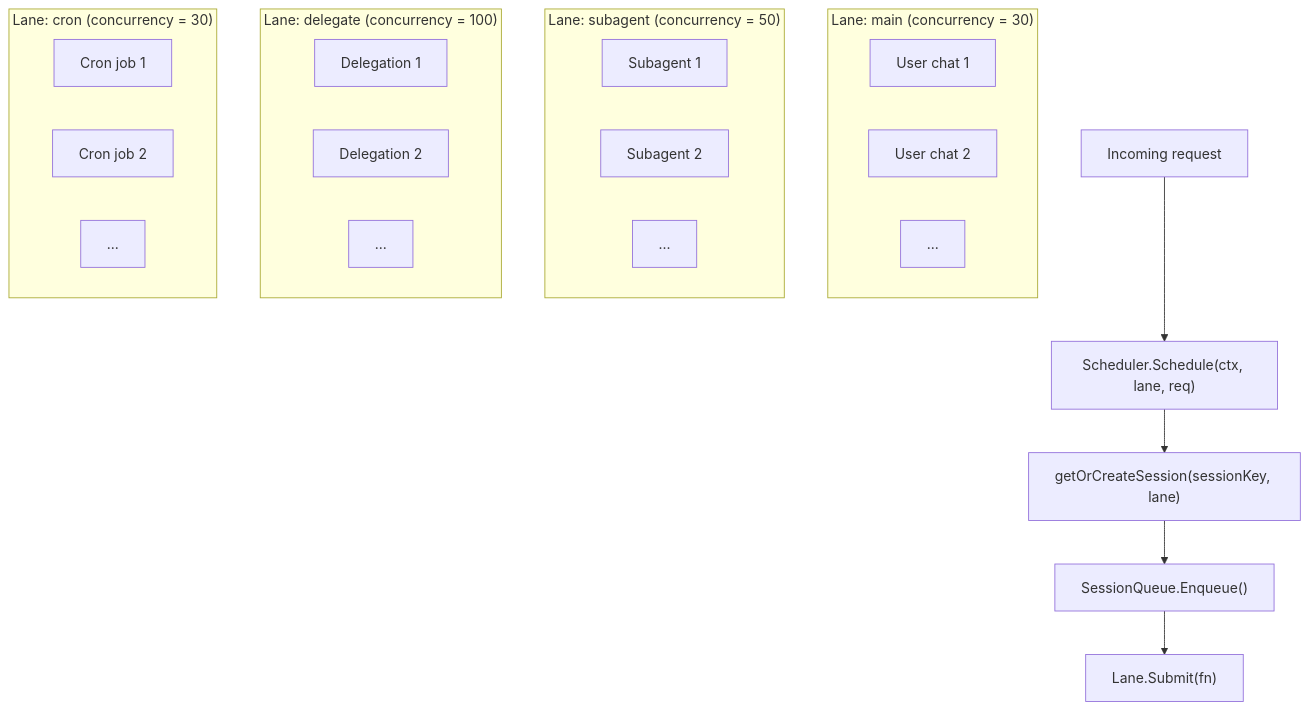
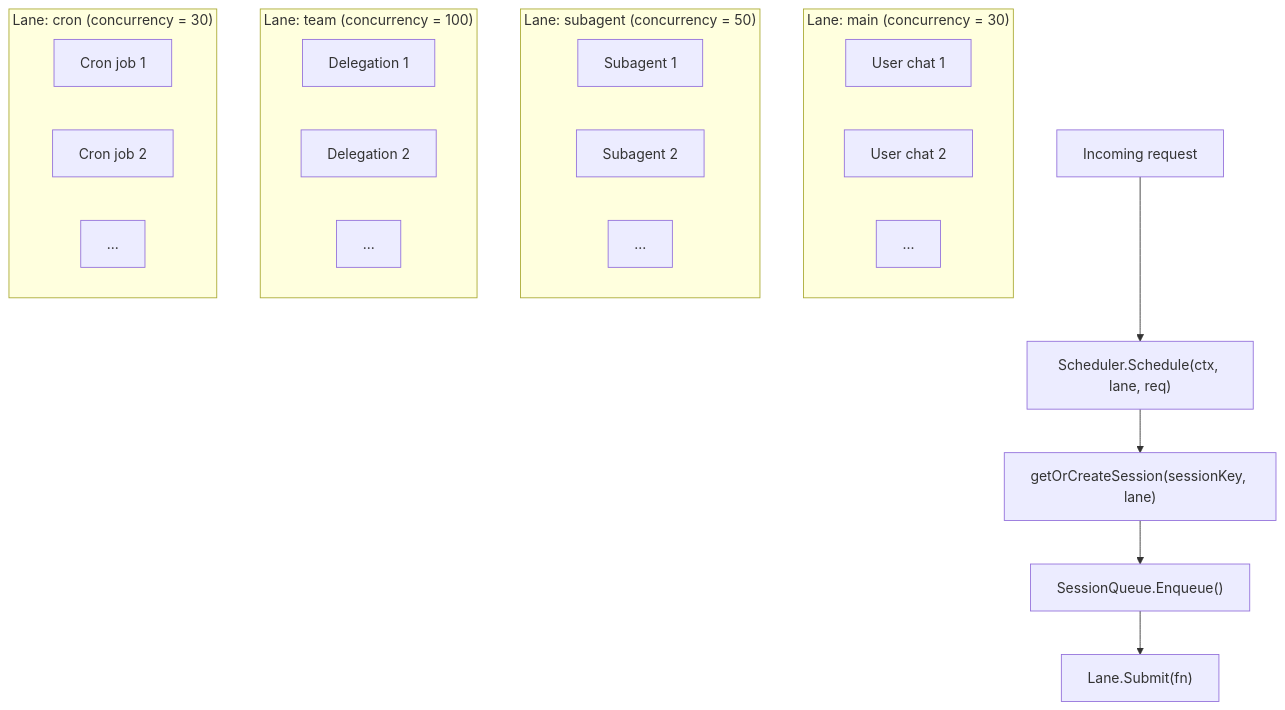
Before and after one commit to qkhalk/goclaw: the first of 2 diagrams in docs/08-scheduling-cron.md, drawn with Mermaid. The commit also changed other lines of this file and 5 other files, not shown here.

First line of the commit message:
docs: update references for delegate→team/teammate rename

````diff
--- a/docs/08-scheduling-cron.md
+++ b/docs/08-scheduling-cron.md
@@ -18,31 +18,31 @@
 ```mermaid
 flowchart TD
     subgraph "Lane: main (concurrency = 30)"
         M1["User chat 1"]
         M2["User chat 2"]
         M3["..."]
     end
 
     subgraph "Lane: subagent (concurrency = 50)"
         S1["Subagent 1"]
         S2["Subagent 2"]
         S3["..."]
     end
 
-    subgraph "Lane: delegate (concurrency = 100)"
+    subgraph "Lane: team (concurrency = 100)"
         D1["Delegation 1"]
         D2["Delegation 2"]
         D3["..."]
     end
 
     subgraph "Lane: cron (concurrency = 30)"
         C1["Cron job 1"]
         C2["Cron job 2"]
         C3["..."]
     end
 
     REQ["Incoming request"] --> SCHED["Scheduler.Schedule(ctx, lane, req)"]
     SCHED --> QUEUE["getOrCreateSession(sessionKey, lane)"]
     QUEUE --> SQ["SessionQueue.Enqueue()"]
     SQ --> LANE["Lane.Submit(fn)"]
 ```
````
